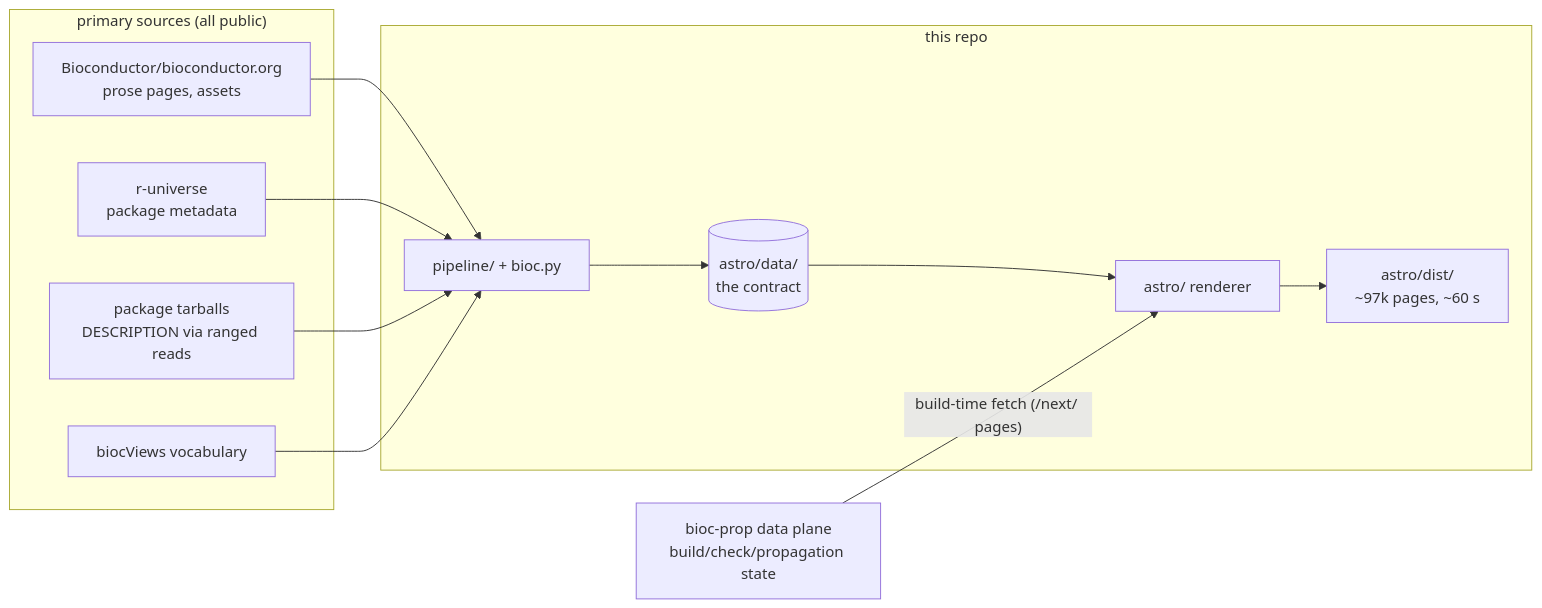
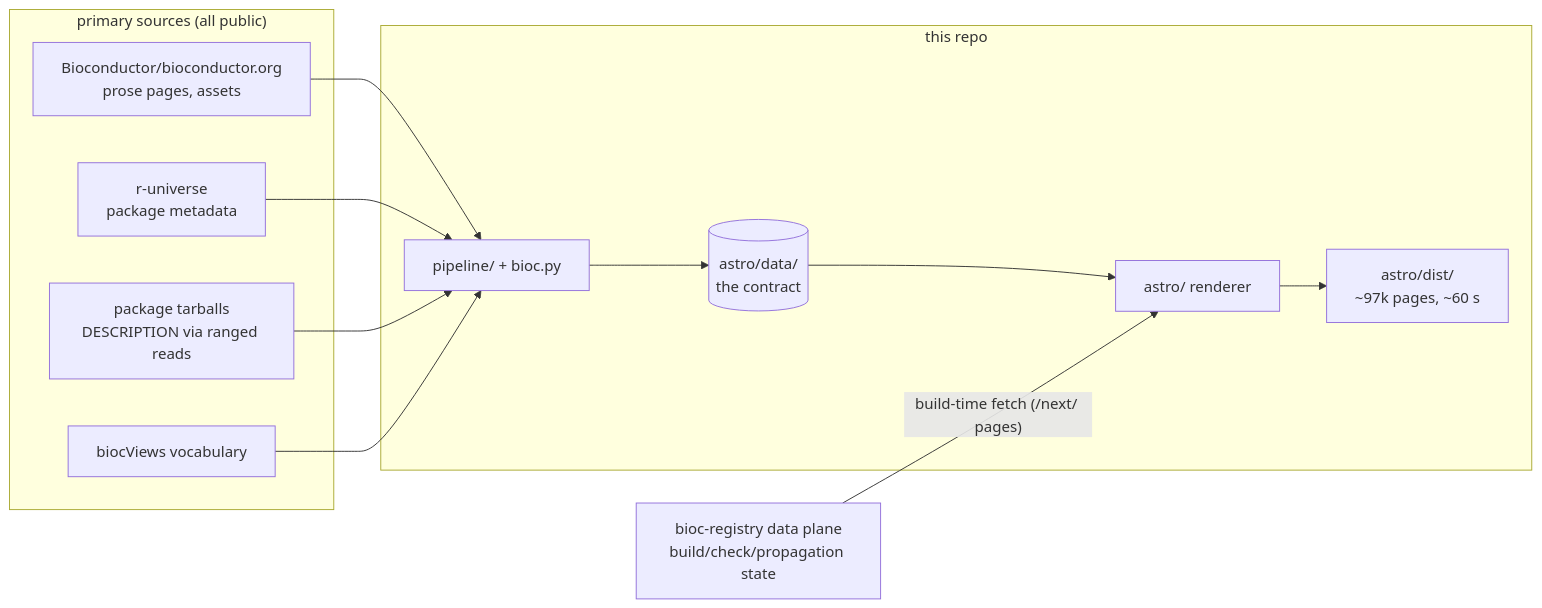
Before and after one commit to seandavi/bioc-website: the first of 2 diagrams in README.md, drawn with Mermaid. The commit also changed other lines of this file and 5 other files, not shown here.

First line of the commit message:
The data plane is now bioc-registry

````diff
--- a/README.md
+++ b/README.md
@@ -20,18 +20,18 @@
 ```mermaid
 flowchart LR
   subgraph sources ["primary sources (all public)"]
     nanoc["Bioconductor/bioconductor.org<br/>prose pages, assets"]
     runi["r-universe<br/>package metadata"]
     tarballs["package tarballs<br/>DESCRIPTION via ranged reads"]
     views["biocViews vocabulary"]
   end
   subgraph repo ["this repo"]
     pipeline["pipeline/ + bioc.py"]
     data[("astro/data/<br/>the contract")]
     astro["astro/ renderer"]
     dist["astro/dist/<br/>~97k pages, ~60 s"]
   end
-  prop["bioc-prop data plane<br/>build/check/propagation state"]
+  prop["bioc-registry data plane<br/>build/check/propagation state"]
   nanoc & runi & tarballs & views --> pipeline --> data --> astro --> dist
   prop -- "build-time fetch (/next/ pages)" --> astro
 ```
````
